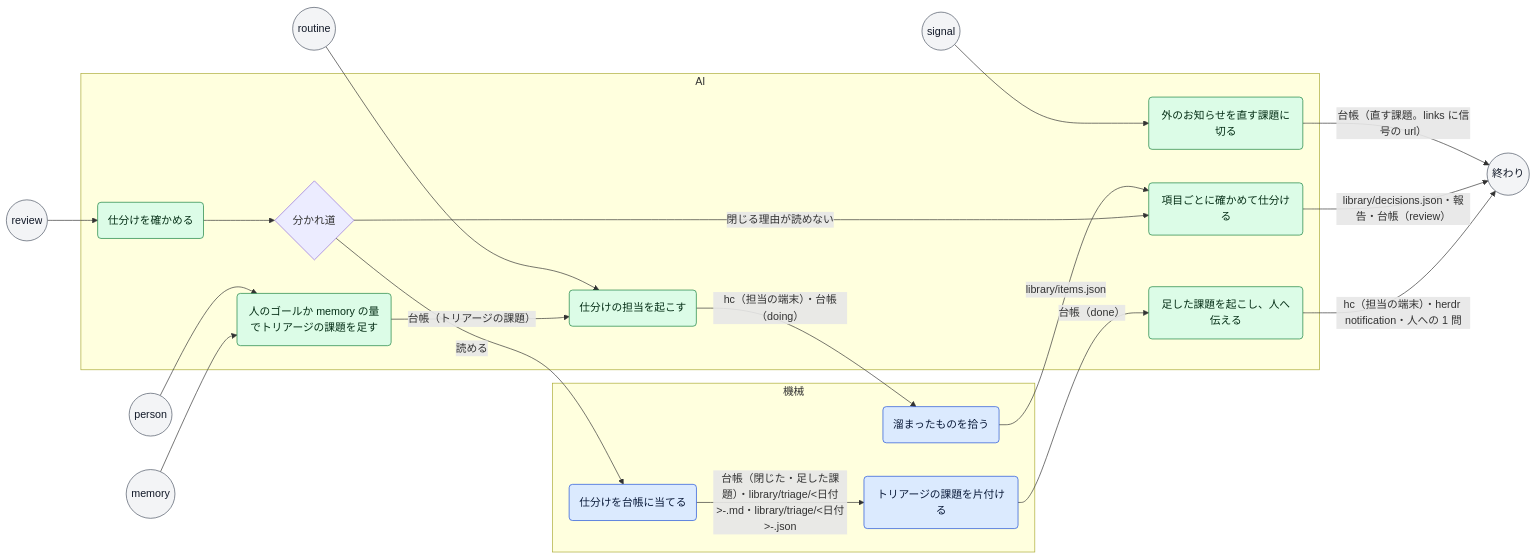
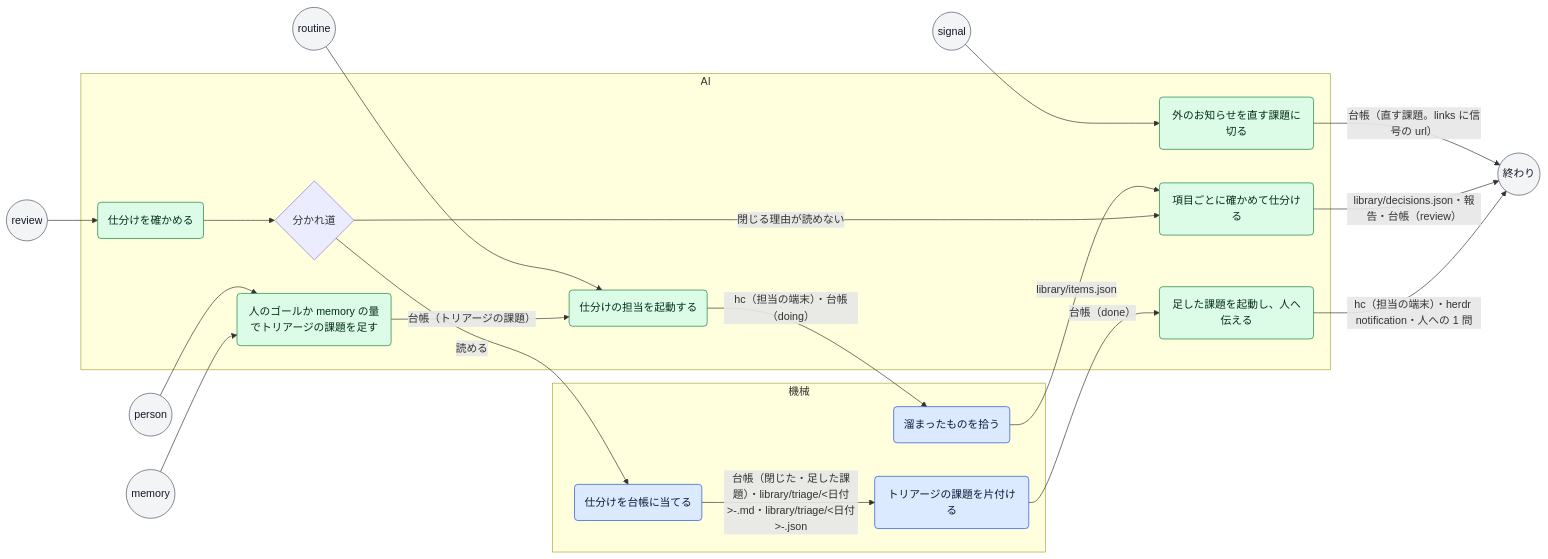
Before and after one commit to mitaku/andon: the diagram in docs/process/triage.md, drawn with Mermaid. The commit also changed other lines of this file and 111 other files, not shown here.

````diff
--- a/docs/process/triage.md
+++ b/docs/process/triage.md
@@ -19,43 +19,43 @@
 ```mermaid
 flowchart LR
   classDef machine fill:#dbeafe,stroke:#1d4ed8,color:#0b1b3a
   classDef ai fill:#dcfce7,stroke:#15803d,color:#052e16
   classDef person fill:#fef3c7,stroke:#b45309,color:#3b1d02
   classDef event fill:#f3f4f6,stroke:#4b5563,color:#111827
   t_routine(("routine")):::event
   t_person(("person")):::event
   t_signal(("signal")):::event
   t_memory(("memory")):::event
   t_review(("review")):::event
   subgraph lane_machine["機械"]
     s_collect("溜まったものを拾う"):::machine
     s_apply("仕分けを台帳に当てる"):::machine
     s_finish("トリアージの課題を片付ける"):::machine
   end
   subgraph lane_ai["AI"]
     s_signal("外のお知らせを直す課題に切る"):::ai
     s_add("人のゴールか memory の量でトリアージの課題を足す"):::ai
-    s_start("仕分けの担当を起こす"):::ai
+    s_start("仕分けの担当を起動する"):::ai
     s_sort("項目ごとに確かめて仕分ける"):::ai
     s_check("仕分けを確かめる"):::ai
     g_check{"分かれ道"}
-    s_follow("足した課題を起こし、人へ伝える"):::ai
+    s_follow("足した課題を起動し、人へ伝える"):::ai
   end
   t_routine --> s_start
   t_person --> s_add
   t_signal --> s_signal
   t_memory --> s_add
   t_review --> s_check
   s_signal -->|"台帳（直す課題。links に信号の url）"| fin
   s_add -->|"台帳（トリアージの課題）"| s_start
   s_start -->|"hc（担当の端末）・台帳（doing）"| s_collect
   s_collect -->|"library/items.json"| s_sort
   s_sort -->|"library/decisions.json・報告・台帳（review）"| fin
   s_check --> g_check
   g_check -->|"閉じる理由が読めない"| s_sort
   g_check -->|"読める"| s_apply
   s_apply -->|"台帳（閉じた・足した課題）・library/triage/<日付>-<id>.md・library/triage/<日付>-<id>.json"| s_finish
   s_finish -->|"台帳（done）"| s_follow
   s_follow -->|"hc（担当の端末）・herdr notification・人への 1 問"| fin
   fin(("終わり")):::event
 ```
````
